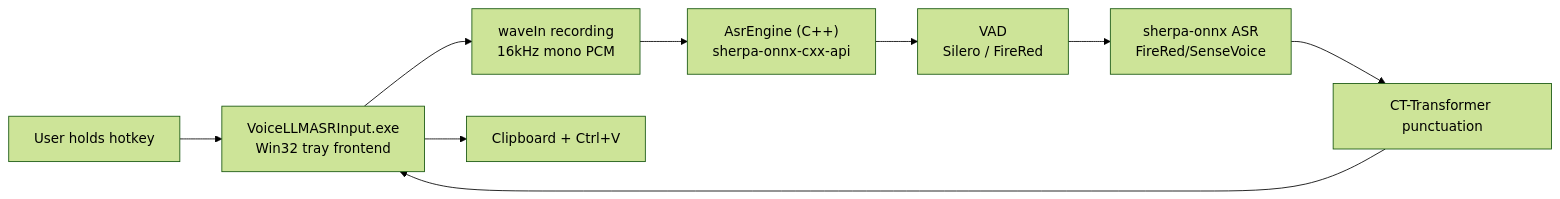
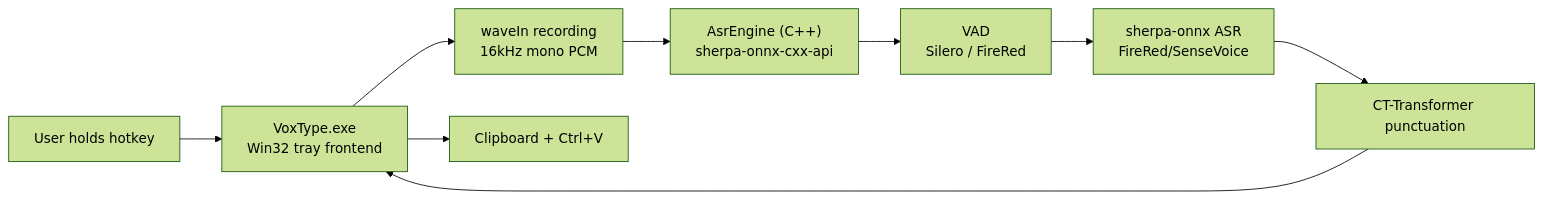
The first of 2 diagrams in ARCHITECTURE.md (melody0709/Voice_LLM_ASR_Input), drawn with Mermaid (forest theme) before and after one commit. The commit also changed other lines of this file and 23 other files, not shown here.

First line of the commit message:
refactor: rename project from VoiceLLMASRInput to VoxType

````diff
--- a/ARCHITECTURE.md
+++ b/ARCHITECTURE.md
@@ -9,11 +9,11 @@
 ```mermaid
 flowchart LR
-    User["User holds hotkey"] --> Frontend["VoiceLLMASRInput.exe<br/>Win32 tray frontend"]
+    User["User holds hotkey"] --> Frontend["VoxType.exe<br/>Win32 tray frontend"]
     Frontend --> Recorder["waveIn recording<br/>16kHz mono PCM"]
     Recorder --> Engine["AsrEngine (C++)<br/>sherpa-onnx-cxx-api"]
     Engine --> VAD["VAD<br/>Silero / FireRed"]
     VAD --> ASR["sherpa-onnx ASR<br/>FireRed/SenseVoice"]
     ASR --> Punct["CT-Transformer punctuation"]
     Punct --> Frontend
     Frontend --> Inject["Clipboard + Ctrl+V"]
 ```
````
